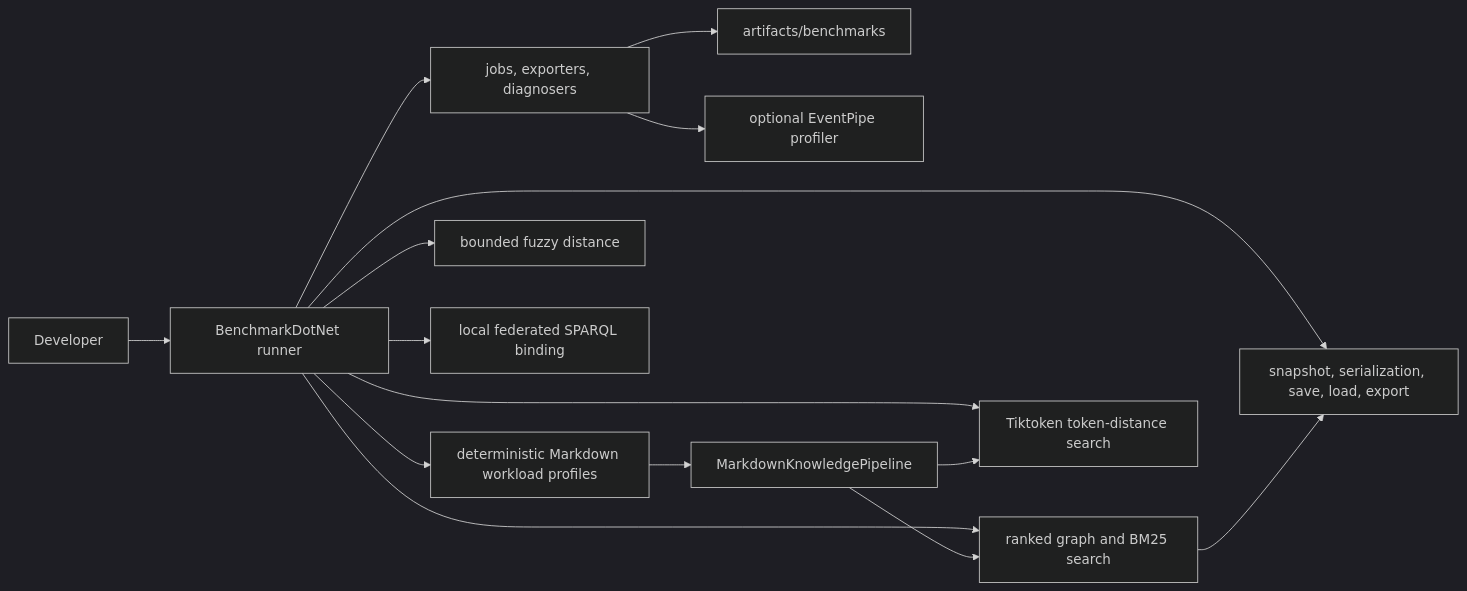
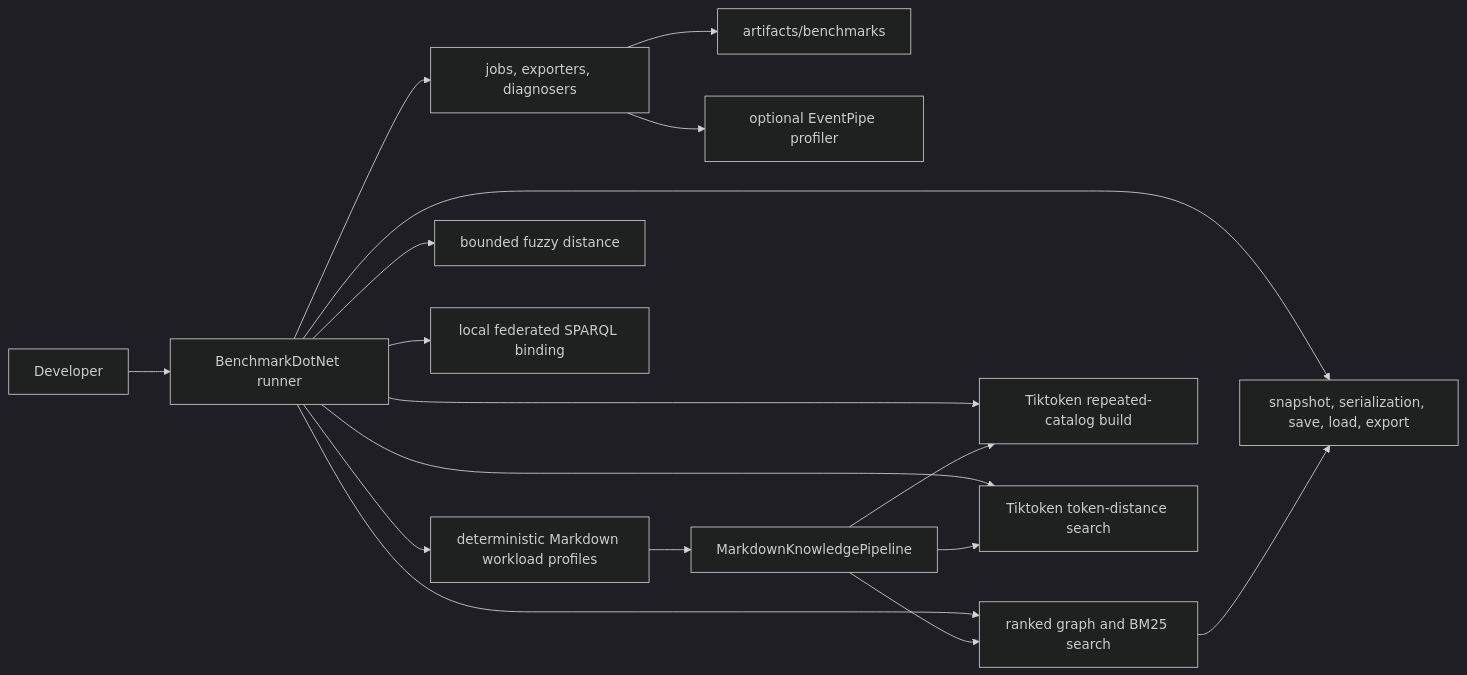
Before and after one commit to managedcode/markdown-ld-kb: the diagram in docs/Features/PerformanceBenchmarks.md, drawn with Mermaid (dark theme). The commit also changed other lines of this file and 18 other files, not shown here.

Commit message:
fixes for graphs

````diff
--- a/docs/Features/PerformanceBenchmarks.md
+++ b/docs/Features/PerformanceBenchmarks.md
@@ -7,17 +7,19 @@
 ```mermaid
 flowchart LR
     Developer["Developer"] --> Runner["BenchmarkDotNet runner"]
     Runner --> Config["jobs, exporters, diagnosers"]
     Config --> Results["artifacts/benchmarks"]
     Config --> Profilers["optional EventPipe profiler"]
     Runner --> Corpus["deterministic Markdown workload profiles"]
     Corpus --> Pipeline["MarkdownKnowledgePipeline"]
     Runner --> Fuzzy["bounded fuzzy distance"]
     Runner --> Graph["ranked graph and BM25 search"]
+    Runner --> TokenBuild["Tiktoken repeated-catalog build"]
     Runner --> Tokens["Tiktoken token-distance search"]
     Runner --> Federation["local federated SPARQL binding"]
     Runner --> Persistence["snapshot, serialization, save, load, export"]
     Pipeline --> Graph
+    Pipeline --> TokenBuild
     Pipeline --> Tokens
     Graph --> Persistence
 ```
````
